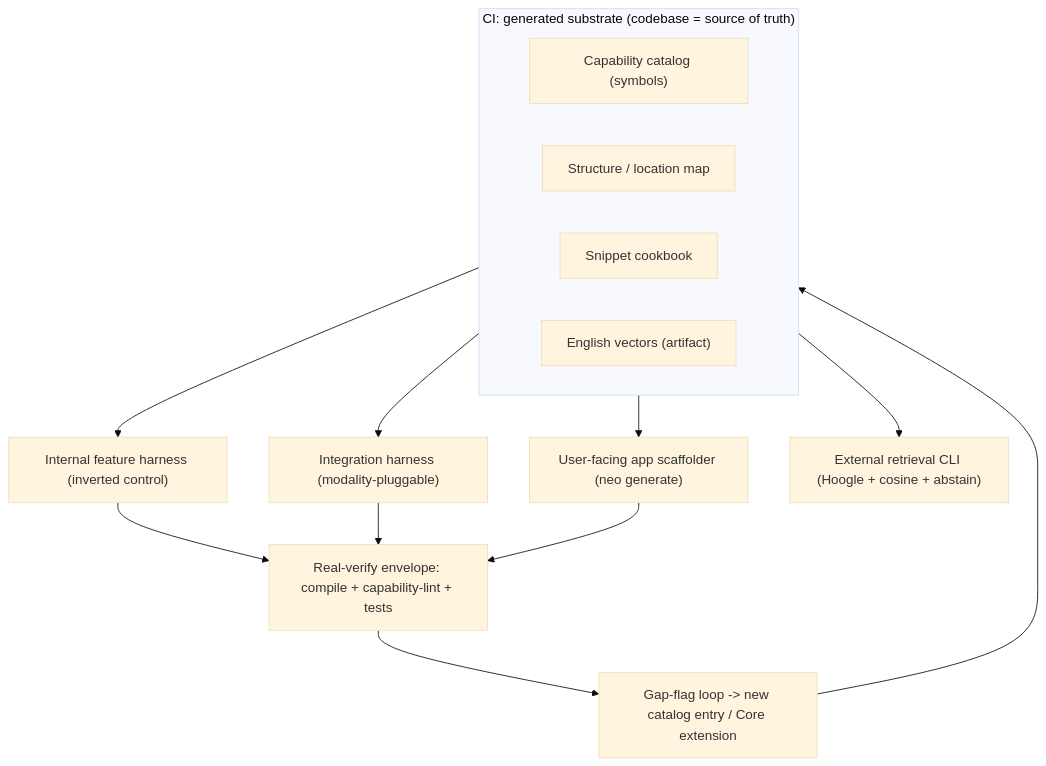
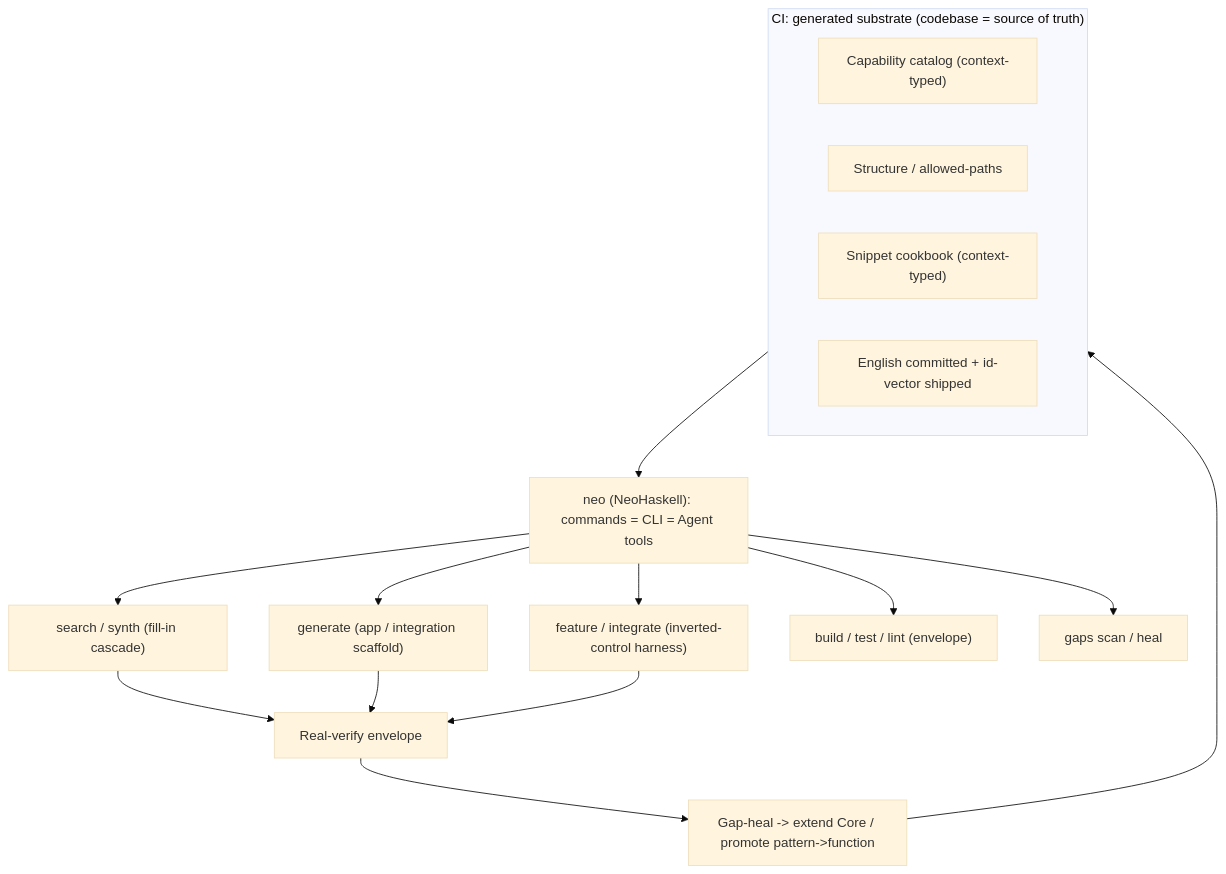
The fourth of 4 diagrams in docs/plans/2026-07-03-deterministic-pipelines-design.md (neohaskell/NeoHaskell), drawn with Mermaid (base theme) before and after one commit. The commit also changed other lines of this file, not shown here.

First line of the commit message:
docs: v2 design — restructure around `neo`, add fill-in cascade + purity model

````diff
--- a/docs/plans/2026-07-03-deterministic-pipelines-design.md
+++ b/docs/plans/2026-07-03-deterministic-pipelines-design.md
@@ -448,18 +296,20 @@
 ```mermaid
 flowchart TD
     subgraph SUB["CI: generated substrate (codebase = source of truth)"]
-      CAT["Capability catalog (symbols)"]
-      MAP["Structure / location map"]
-      COOK["Snippet cookbook"]
-      VEC["English vectors (artifact)"]
+      CAT["Capability catalog (context-typed)"]
+      MAP["Structure / allowed-paths"]
+      COOK["Snippet cookbook (context-typed)"]
+      VEC["English committed + id-vector shipped"]
     end
-    SUB --> H1["Internal feature harness (inverted control)"]
-    SUB --> H2["Integration harness (modality-pluggable)"]
-    SUB --> H3["User-facing app scaffolder (neo generate)"]
-    SUB --> H4["External retrieval CLI (Hoogle + cosine + abstain)"]
-    H1 --> ENV["Real-verify envelope: compile + capability-lint + tests"]
-    H2 --> ENV
-    H3 --> ENV
-    ENV --> GAP["Gap-flag loop -> new catalog entry / Core extension"]
+    SUB --> NEO["neo (NeoHaskell): commands = CLI = Agent tools"]
+    NEO --> C1["search / synth (fill-in cascade)"]
+    NEO --> C2["generate (app / integration scaffold)"]
+    NEO --> C3["feature / integrate (inverted-control harness)"]
+    NEO --> C4["build / test / lint (envelope)"]
+    NEO --> C5["gaps scan / heal"]
+    C1 --> ENV["Real-verify envelope"]
+    C2 --> ENV
+    C3 --> ENV
+    ENV --> GAP["Gap-heal -> extend Core / promote pattern->function"]
     GAP --> SUB
 ```
````
